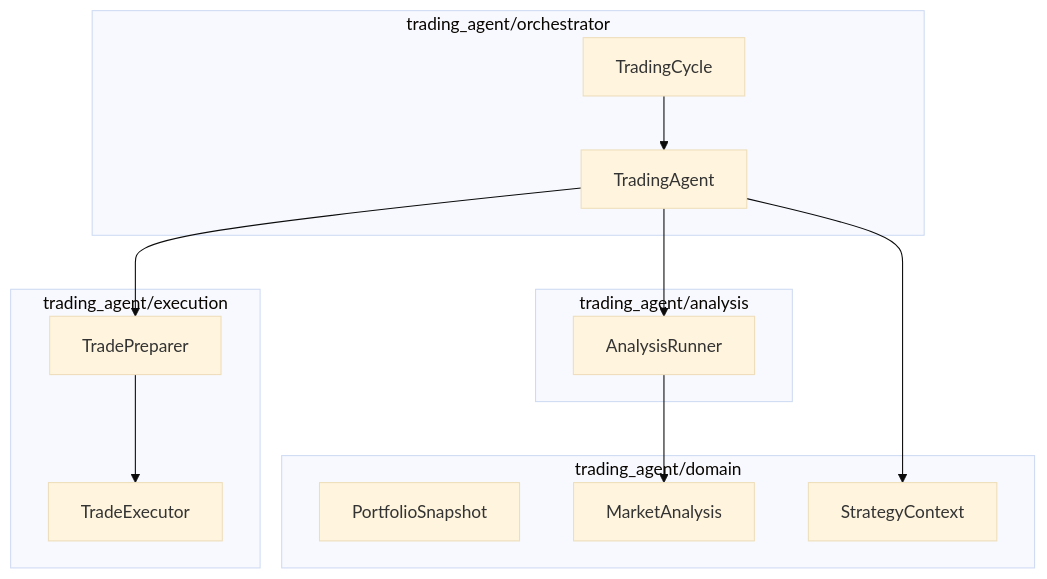
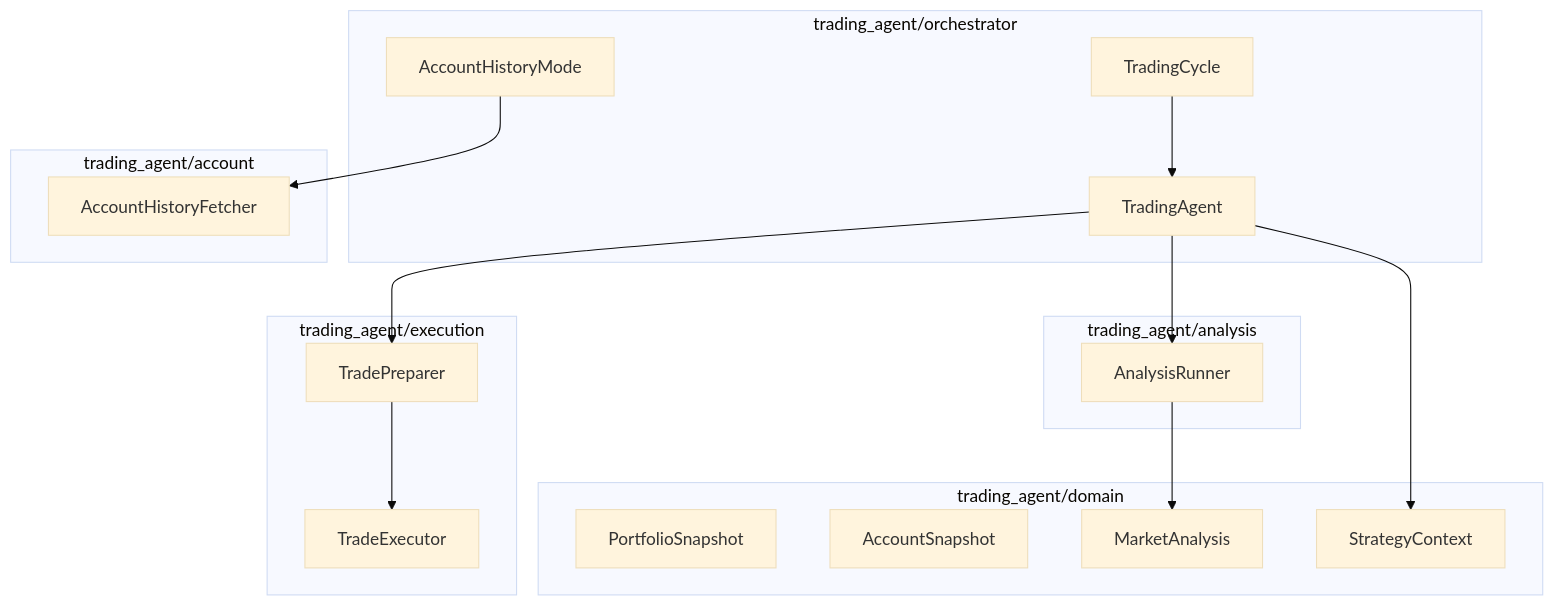
One commit to yetigong/trading-agent changed the diagram in docs/agents/codebase.md. Above: the diagram before and after it, drawn with Mermaid (base theme). The commit also changed other lines of this file and 20 other files, not shown here.

Commit message:
Add read-only account history mode with monthly equity aggregation.

````diff
--- a/docs/agents/codebase.md
+++ b/docs/agents/codebase.md
@@ -16,27 +31,34 @@
 ```mermaid
 flowchart TB
     subgraph orchestrator [trading_agent/orchestrator]
         TC[TradingCycle]
         TA[TradingAgent]
+        AHM[AccountHistoryMode]
+    end
+
+    subgraph account [trading_agent/account]
+        AHF[AccountHistoryFetcher]
     end
 
     subgraph domain [trading_agent/domain]
         PS[PortfolioSnapshot]
+        AS[AccountSnapshot]
         MA[MarketAnalysis]
         SC[StrategyContext]
     end
 
     subgraph analysis [trading_agent/analysis]
         AR[AnalysisRunner]
     end
 
     subgraph execution [trading_agent/execution]
         PRE[TradePreparer]
         EXT[TradeExecutor]
     end
 
     TC --> TA
+    AHM --> AHF
     TA --> AR --> MA
     TA --> SC
     TA --> PRE --> EXT
 ```
````
